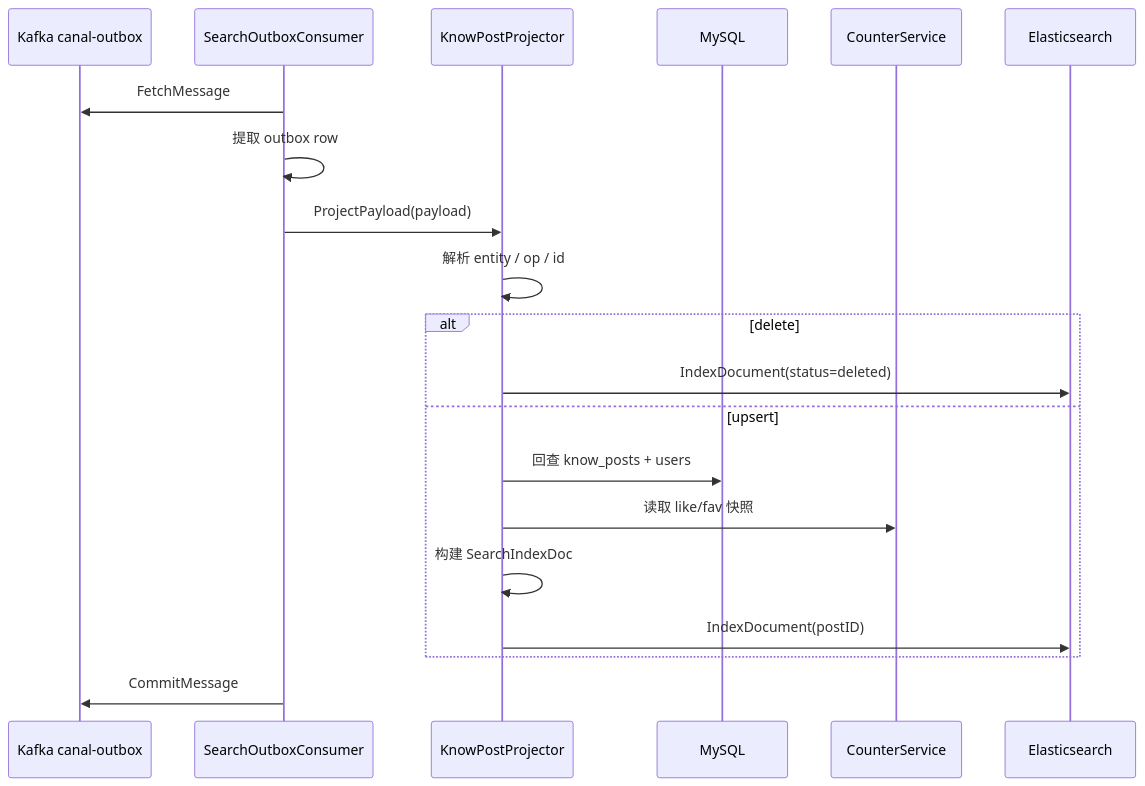
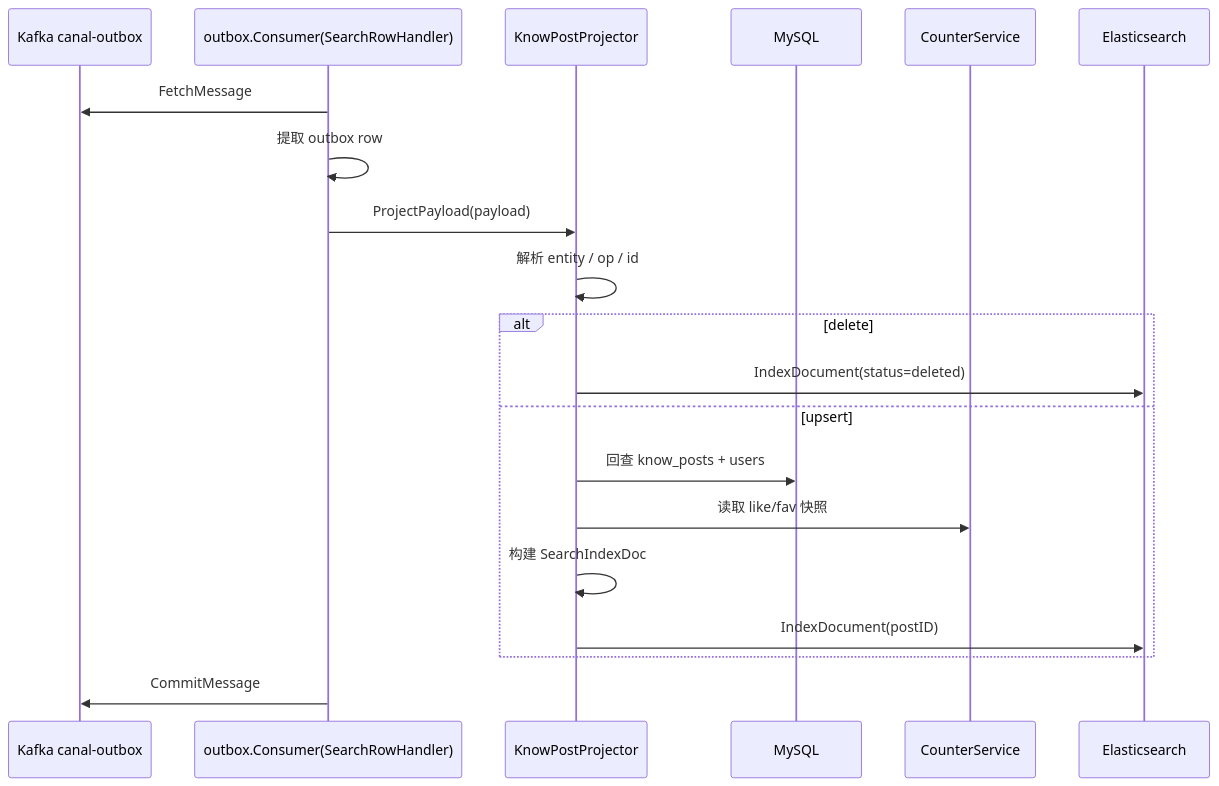
One commit to bitladykiller/zhiguang_go changed the seventh of 13 diagrams in docs/modules/07-搜索投影模块.md. Above: the diagram before and after it, drawn with Mermaid. The commit also changed other lines of this file and 19 other files, not shown here.

````diff
--- a/docs/modules/07-搜索投影模块.md
+++ b/docs/modules/07-搜索投影模块.md
@@ -464,23 +464,23 @@
 ```mermaid
 sequenceDiagram
     participant K as Kafka canal-outbox
-    participant C as SearchOutboxConsumer
+    participant C as outbox.Consumer(SearchRowHandler)
     participant P as KnowPostProjector
     participant DB as MySQL
     participant Counter as CounterService
     participant ES as Elasticsearch
 
     C->>K: FetchMessage
     C->>C: 提取 outbox row
     C->>P: ProjectPayload(payload)
     P->>P: 解析 entity / op / id
     alt delete
         P->>ES: IndexDocument(status=deleted)
     else upsert
         P->>DB: 回查 know_posts + users
         P->>Counter: 读取 like/fav 快照
         P->>P: 构建 SearchIndexDoc
         P->>ES: IndexDocument(postID)
     end
     C->>K: CommitMessage
 ```
````
